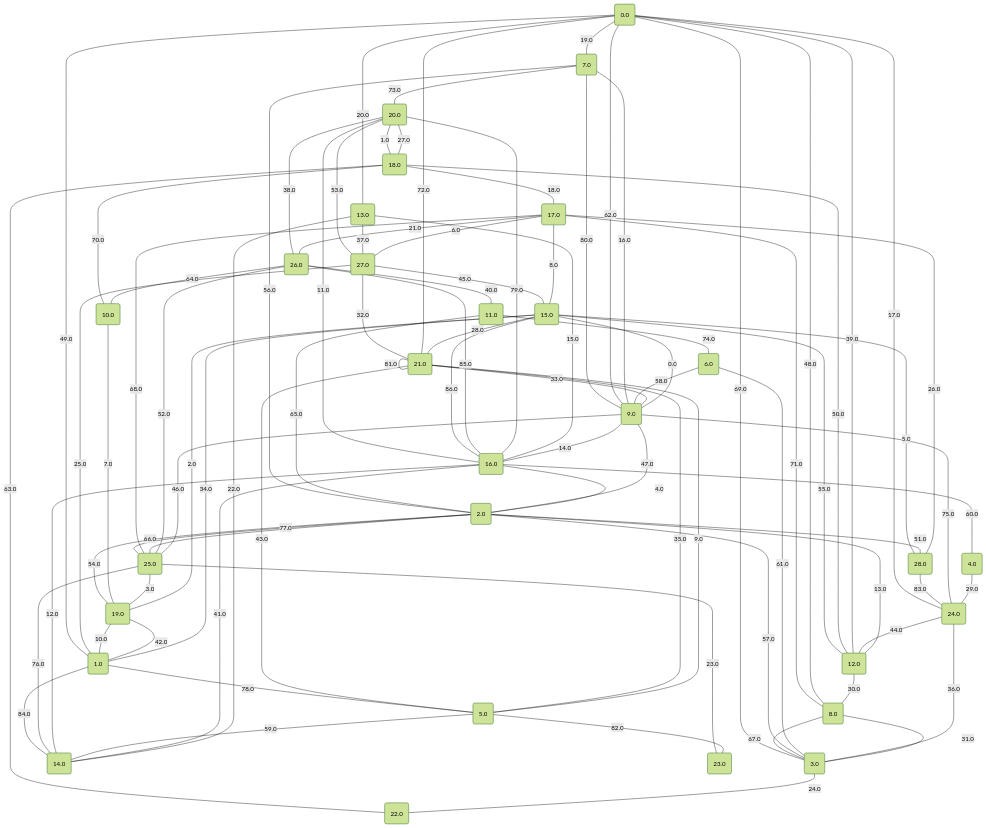
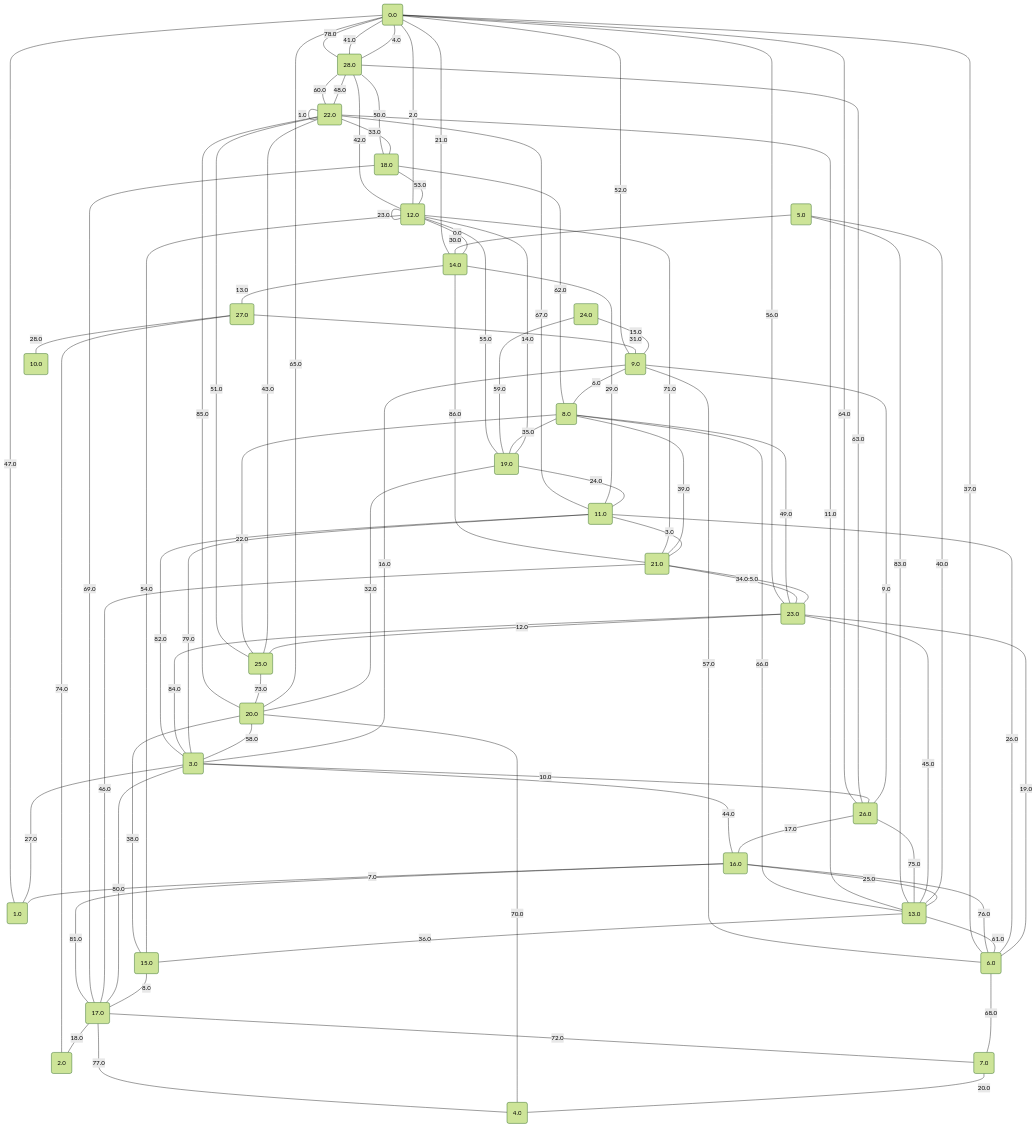
One commit to metury/graphs changed the diagram in project/src/testing/graphs/24.md. Above: the diagram before and after it, drawn with Mermaid (forest theme). The commit also changed 50 other files, not shown here.

````diff
--- a/project/src/testing/graphs/24.md
+++ b/project/src/testing/graphs/24.md
@@ -29,91 +29,91 @@
 26("26.0");
 27("27.0");
 28("28.0");
-	15 -- "0.0" --- 9;
-	18 -- "1.0" --- 20;
-	15 -- "2.0" --- 19;
-	25 -- "3.0" --- 19;
-	16 -- "4.0" --- 2;
-	28 -- "5.0" --- 15;
-	17 -- "6.0" --- 27;
-	10 -- "7.0" --- 19;
-	17 -- "8.0" --- 15;
-	21 -- "9.0" --- 5;
-	1 -- "10.0" --- 19;
-	16 -- "11.0" --- 20;
-	14 -- "12.0" --- 16;
-	2 -- "13.0" --- 12;
-	9 -- "14.0" --- 16;
-	13 -- "15.0" --- 16;
-	9 -- "16.0" --- 7;
-	24 -- "17.0" --- 0;
-	18 -- "18.0" --- 17;
-	0 -- "19.0" --- 7;
-	0 -- "20.0" --- 13;
-	17 -- "21.0" --- 26;
-	13 -- "22.0" --- 14;
-	23 -- "23.0" --- 25;
-	3 -- "24.0" --- 22;
-	1 -- "25.0" --- 27;
-	17 -- "26.0" --- 28;
-	20 -- "27.0" --- 18;
-	15 -- "28.0" --- 21;
-	4 -- "29.0" --- 24;
-	12 -- "30.0" --- 8;
-	8 -- "31.0" --- 3;
-	21 -- "32.0" --- 27;
-	21 -- "33.0" --- 9;
-	15 -- "34.0" --- 1;
-	21 -- "35.0" --- 5;
-	24 -- "36.0" --- 3;
-	13 -- "37.0" --- 27;
-	20 -- "38.0" --- 26;
-	12 -- "39.0" --- 0;
-	26 -- "40.0" --- 11;
-	16 -- "41.0" --- 14;
-	19 -- "42.0" --- 1;
-	21 -- "43.0" --- 5;
-	24 -- "44.0" --- 12;
-	27 -- "45.0" --- 15;
-	9 -- "46.0" --- 25;
-	9 -- "47.0" --- 2;
-	0 -- "48.0" --- 8;
-	1 -- "49.0" --- 0;
-	12 -- "50.0" --- 18;
-	2 -- "51.0" --- 28;
-	26 -- "52.0" --- 25;
-	27 -- "53.0" --- 20;
-	19 -- "54.0" --- 2;
-	12 -- "55.0" --- 15;
-	2 -- "56.0" --- 7;
-	3 -- "57.0" --- 2;
-	6 -- "58.0" --- 9;
-	5 -- "59.0" --- 14;
-	16 -- "60.0" --- 4;
-	6 -- "61.0" --- 3;
-	9 -- "62.0" --- 0;
-	22 -- "63.0" --- 18;
-	26 -- "64.0" --- 10;
-	11 -- "65.0" --- 2;
-	2 -- "66.0" --- 25;
-	3 -- "67.0" --- 8;
-	17 -- "68.0" --- 25;
-	3 -- "69.0" --- 0;
-	10 -- "70.0" --- 18;
-	8 -- "71.0" --- 17;
-	0 -- "72.0" --- 21;
-	7 -- "73.0" --- 20;
-	11 -- "74.0" --- 6;
-	9 -- "75.0" --- 24;
-	14 -- "76.0" --- 25;
-	25 -- "77.0" --- 2;
-	1 -- "78.0" --- 5;
-	20 -- "79.0" --- 16;
-	9 -- "80.0" --- 7;
-	21 -- "81.0" --- 21;
-	5 -- "82.0" --- 23;
-	28 -- "83.0" --- 24;
-	14 -- "84.0" --- 1;
-	26 -- "85.0" --- 16;
-	15 -- "86.0" --- 16;
+	12 -- "0.0" --- 14;
+	22 -- "1.0" --- 22;
+	12 -- "2.0" --- 0;
+	11 -- "3.0" --- 21;
+	0 -- "4.0" --- 28;
+	21 -- "5.0" --- 23;
+	9 -- "6.0" --- 8;
+	16 -- "7.0" --- 1;
+	15 -- "8.0" --- 17;
+	9 -- "9.0" --- 26;
+	3 -- "10.0" --- 26;
+	13 -- "11.0" --- 22;
+	23 -- "12.0" --- 25;
+	14 -- "13.0" --- 27;
+	12 -- "14.0" --- 19;
+	24 -- "15.0" --- 9;
+	9 -- "16.0" --- 3;
+	26 -- "17.0" --- 16;
+	17 -- "18.0" --- 2;
+	23 -- "19.0" --- 6;
+	7 -- "20.0" --- 4;
+	14 -- "21.0" --- 0;
+	25 -- "22.0" --- 8;
+	12 -- "23.0" --- 12;
+	19 -- "24.0" --- 11;
+	16 -- "25.0" --- 13;
+	11 -- "26.0" --- 6;
+	1 -- "27.0" --- 3;
+	27 -- "28.0" --- 10;
+	11 -- "29.0" --- 14;
+	5 -- "30.0" --- 14;
+	27 -- "31.0" --- 9;
+	19 -- "32.0" --- 20;
+	22 -- "33.0" --- 18;
+	21 -- "34.0" --- 23;
+	8 -- "35.0" --- 19;
+	13 -- "36.0" --- 15;
+	6 -- "37.0" --- 0;
+	15 -- "38.0" --- 20;
+	8 -- "39.0" --- 21;
+	5 -- "40.0" --- 13;
+	0 -- "41.0" --- 28;
+	12 -- "42.0" --- 28;
+	22 -- "43.0" --- 25;
+	3 -- "44.0" --- 16;
+	23 -- "45.0" --- 13;
+	17 -- "46.0" --- 21;
+	1 -- "47.0" --- 0;
+	28 -- "48.0" --- 22;
+	8 -- "49.0" --- 23;
+	28 -- "50.0" --- 18;
+	25 -- "51.0" --- 22;
+	0 -- "52.0" --- 9;
+	18 -- "53.0" --- 12;
+	12 -- "54.0" --- 15;
+	19 -- "55.0" --- 12;
+	0 -- "56.0" --- 23;
+	6 -- "57.0" --- 9;
+	20 -- "58.0" --- 3;
+	24 -- "59.0" --- 19;
+	28 -- "60.0" --- 22;
+	13 -- "61.0" --- 6;
+	18 -- "62.0" --- 8;
+	28 -- "63.0" --- 26;
+	26 -- "64.0" --- 0;
+	0 -- "65.0" --- 20;
+	13 -- "66.0" --- 8;
+	11 -- "67.0" --- 22;
+	6 -- "68.0" --- 7;
+	17 -- "69.0" --- 18;
+	20 -- "70.0" --- 4;
+	12 -- "71.0" --- 21;
+	17 -- "72.0" --- 7;
+	25 -- "73.0" --- 20;
+	2 -- "74.0" --- 27;
+	26 -- "75.0" --- 13;
+	16 -- "76.0" --- 6;
+	17 -- "77.0" --- 4;
+	28 -- "78.0" --- 0;
+	11 -- "79.0" --- 3;
+	3 -- "80.0" --- 17;
+	17 -- "81.0" --- 16;
+	3 -- "82.0" --- 11;
+	5 -- "83.0" --- 13;
+	23 -- "84.0" --- 3;
+	20 -- "85.0" --- 22;
+	14 -- "86.0" --- 21;
 ```
````
